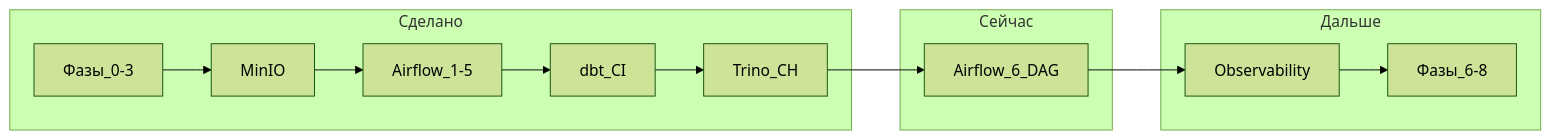
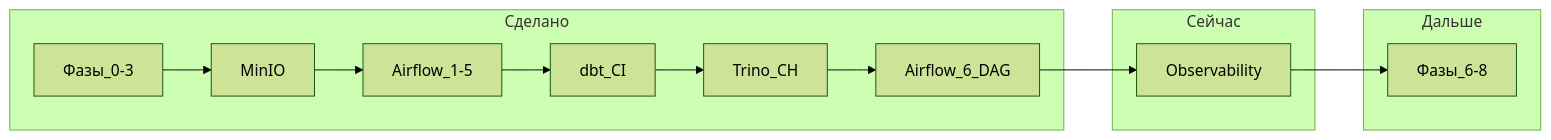
One commit to FedAnt/MlOps changed the diagram in вакансий/карта-курса-лаборатории.md. Above: the diagram before and after it, drawn with Mermaid (forest theme). The commit also changed other lines of this file and 4 other files, not shown here.

First line of the commit message:
Update training documentation to reflect completion of Airflow §6.6 and progress on observability phase

````diff
--- a/вакансий/карта-курса-лаборатории.md
+++ b/вакансий/карта-курса-лаборатории.md
@@ -52,18 +51,18 @@
 ```mermaid
 flowchart LR
   subgraph done [Сделано]
     P03[Фазы_0-3]
     MinIO[MinIO]
     AF5[Airflow_1-5]
     dbtCI[dbt_CI]
     trinoCH[Trino_CH]
+    AF6[Airflow_6_DAG]
   end
   subgraph now [Сейчас]
-    AF6[Airflow_6_DAG]
+    Obs[Observability]
   end
   subgraph next [Дальше]
-    Obs[Observability]
     Fin[Фазы_6-8]
   end
   P03 --> MinIO --> AF5 --> dbtCI --> trinoCH --> AF6 --> Obs --> Fin
 ```
````
